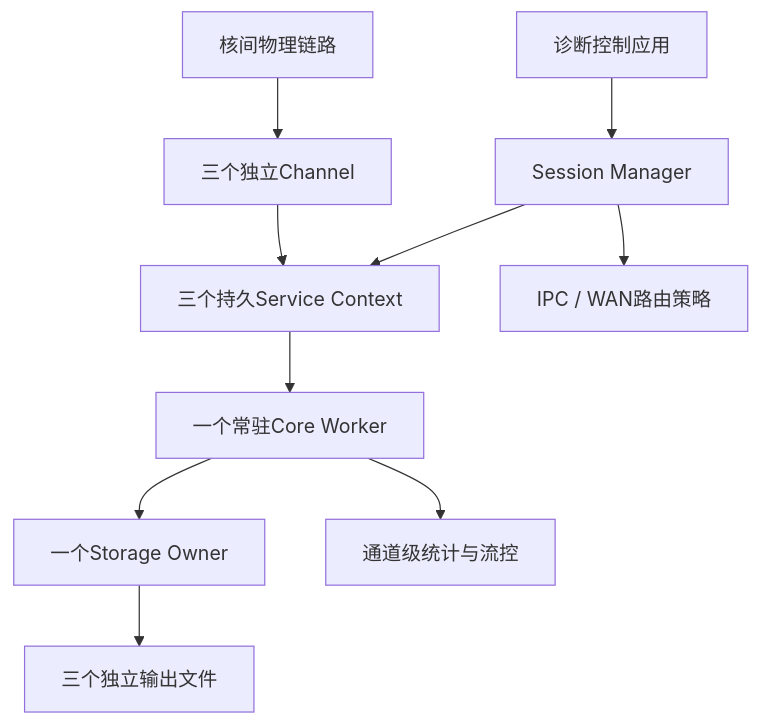
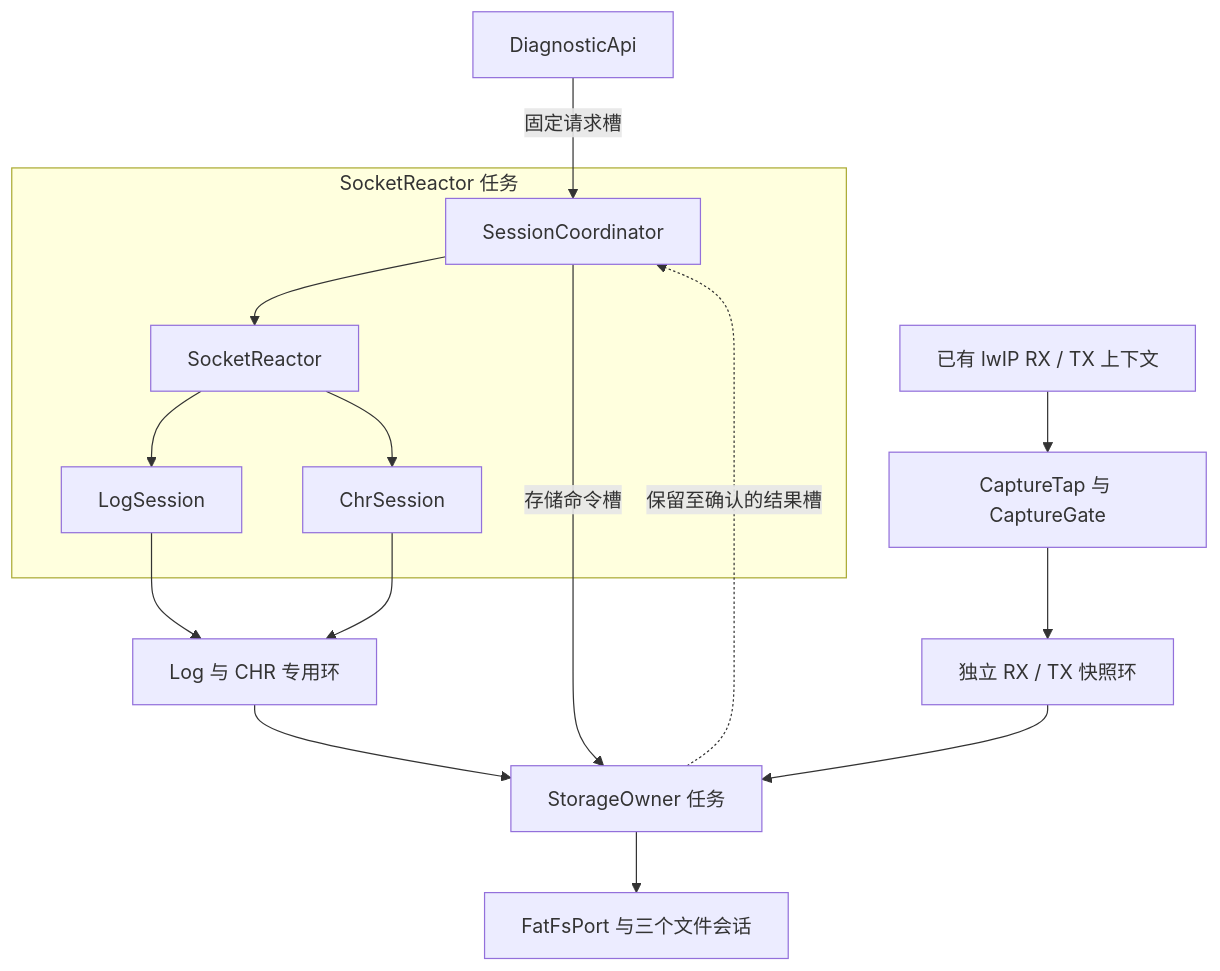
Before and after one commit to luckyJimLu/system-design-notes: the tenth of 12 diagrams in modemlog/modem-complete-mermaid-flows.md, drawn with Mermaid. The commit also changed other lines of this file and 7 other files, not shown here.

Commit message:
docs(modemlog): unify isolated capture, dual sockets and C++ architecture

````diff
--- a/modemlog/modem-complete-mermaid-flows.md
+++ b/modemlog/modem-complete-mermaid-flows.md
@@ -205,12 +168,18 @@
 ```mermaid
 flowchart TD
-    APP["诊断控制应用"] --> LIFE["Session Manager"]
-    LIFE --> CTX["三个持久Service Context"]
-    PHY["核间物理链路"] --> CHANNELS["三个独立Channel"]
-    CHANNELS --> CTX
-    CTX --> CORE["一个常驻Core Worker"]
-    CORE --> STORAGE["一个Storage Owner"]
-    STORAGE --> FILES["三个独立输出文件"]
-    CORE --> STATS["通道级统计与流控"]
-    LIFE --> ROUTE["IPC / WAN路由策略"]
+    api["DiagnosticApi"] -->|"固定请求槽"| coordinator["SessionCoordinator"]
+    subgraph reactorTask["SocketReactor 任务"]
+        coordinator --> reactor["SocketReactor"]
+        reactor --> log["LogSession"]
+        reactor --> chr["ChrSession"]
+    end
+    log --> rings["Log 与 CHR 专用环"]
+    chr --> rings
+    hooks["已有 lwIP RX / TX 上下文"] --> tap["CaptureTap 与 CaptureGate"]
+    tap --> cap["独立 RX / TX 快照环"]
+    coordinator -->|"存储命令槽"| storage["StorageOwner 任务"]
+    rings --> storage
+    cap --> storage
+    storage --> files["FatFsPort 与三个文件会话"]
+    storage -.->|"保留至确认的结果槽"| coordinator
 ```
````
